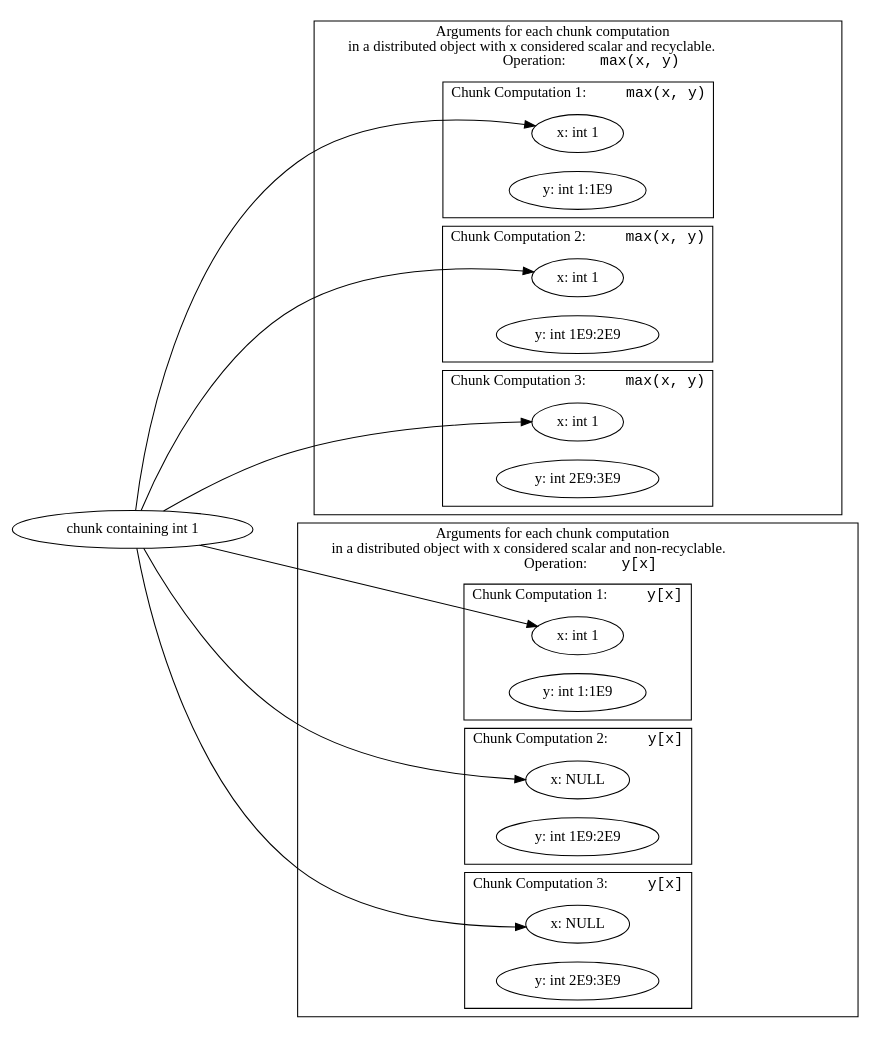
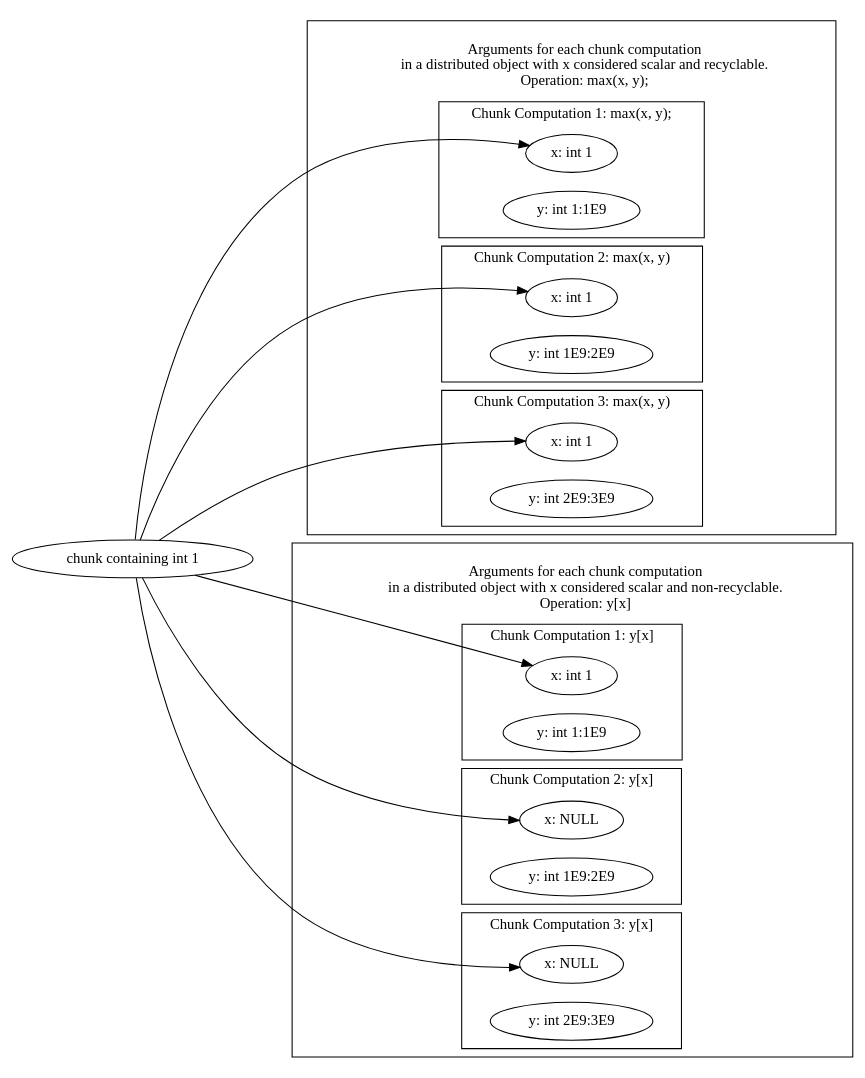
Before and after one commit to jcai849/thesis: the diagram in img/scalar-index.gv, drawn with Graphviz. The commit also changed 14 other files, not shown here.

```diff
--- a/img/scalar-index.gv
+++ b/img/scalar-index.gv
@@ -1,68 +1,52 @@
 digraph scalarindex {
     rankdir = LR;
 
 
 	subgraph cluster_arguments_scalar {
-		label=<
-        Arguments for each chunk computation<BR/>
-        in a distributed object with x considered scalar and recyclable.<BR/>
-        Operation: <FONT FACE="Courier">max(x, y)</FONT>>;
-		
-
+		label="
+        Arguments for each chunk computation
+        in a distributed object with x considered scalar and recyclable.
+        Operation: max(x, y);"
 		subgraph cluster_chunkscalar1 {
-			label=<Chunk Computation 1: <FONT FACE="Courier">max(x, y)</FONT>>;
-			
-
+			label="Chunk Computation 1: max(x, y);"
 			xd1[label="x: int 1"];
 			yd1[label="y: int 1:1E9"];
 		}
         subgraph cluster_chunkscalar2 {
-			label=<Chunk Computation 2: <FONT FACE="Courier">max(x, y)</FONT>>;
-			
-
+			label="Chunk Computation 2: max(x, y)"
 			xd2[label="x: int 1"];
 			yd2[label="y: int 1E9:2E9"];
 		}
         subgraph cluster_chunkscalar3 {
-			label=<Chunk Computation 3: <FONT FACE="Courier">max(x, y)</FONT>>;
-			
-
+			label="Chunk Computation 3: max(x, y)"
 			xd3[label="x: int 1"];
 			yd3[label="y: int 2E9:3E9"];
 		}
 	}
 
 	subgraph cluster_arguments_converted {
-		label=<
-        Arguments for each chunk computation<BR/>
-        in a distributed object with x considered scalar and non-recyclable.<BR/>
-        Operation: <FONT FACE="Courier">y[x]</FONT>>
-		
-
+		label="
+        Arguments for each chunk computation
+        in a distributed object with x considered scalar and non-recyclable.
+        Operation: y[x]"
 		subgraph cluster_chunkconverted1 {
-			label=<Chunk Computation 1: <FONT FACE="Courier">y[x]</FONT>>;
-			
-
+			label="Chunk Computation 1: y[x]"
 			xc1[label="x: int 1"];
 			yc1[label="y: int 1:1E9"];
 		}
         subgraph cluster_chunkconverted2 {
-			label=<Chunk Computation 2: <FONT FACE="Courier">y[x]</FONT>>;
-			
-
+			label="Chunk Computation 2: y[x]"
 			xc2[label="x: NULL"];
 			yc2[label="y: int 1E9:2E9"];
 		}
         subgraph cluster_chunkconverted3 {
-			label=<Chunk Computation 3: <FONT FACE="Courier">y[x]</FONT>>;
-			
-
+			label="Chunk Computation 3: y[x]"
 			xc3[label="x: NULL"];
 			yc3[label="y: int 2E9:3E9"];
 		}
 	}
 
     
     x[label="chunk containing int 1"];
     x -> {xd1 xd2 xd3 xc1 xc2 xc3};
 }
```
